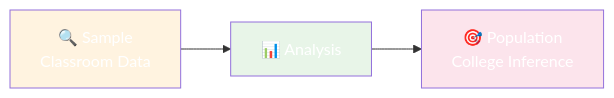
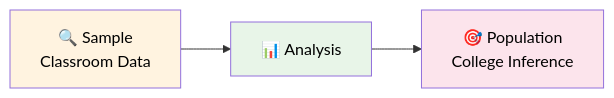
One commit to siddharthkumarrai/Statics changed the first of 6 diagrams in README.md. Above: the diagram before and after it, drawn with Mermaid.

````diff
--- a/README.md
+++ b/README.md
@@ -41,8 +41,8 @@
 ```mermaid
 graph LR
     A[🔍 Sample<br/>Classroom Data] --> B[📊 Analysis] --> C[🎯 Population<br/>College Inference]
-    style A fill:#fff3e0,color:#fff
-    style B fill:#e8f5e8,color:#fff
-    style C fill:#fce4ec,color:#fff
+    style A fill:#fff3e0,color:#000
+    style B fill:#e8f5e8,color:#000
+    style C fill:#fce4ec,color:#000
 
 ```
````
